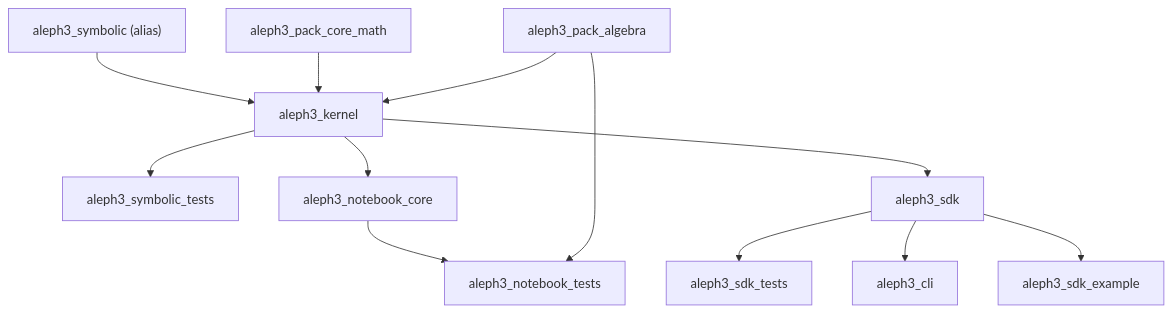
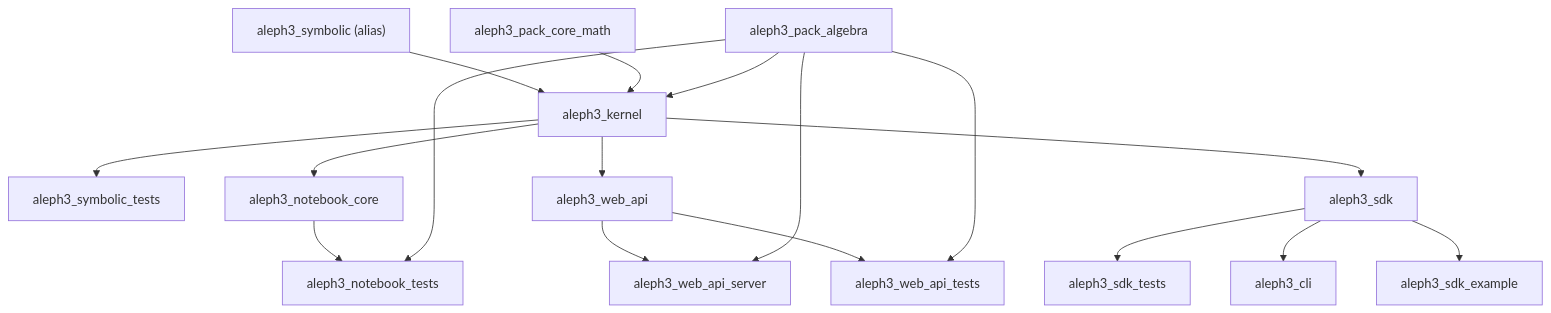
Before and after one commit to sergiorf/aleph3: the diagram in docs/sdk/build_and_targets.md, drawn with Mermaid. The commit also changed other lines of this file and 9 other files, not shown here.

Commit message:
first web api

````diff
--- a/docs/sdk/build_and_targets.md
+++ b/docs/sdk/build_and_targets.md
@@ -50,14 +53,19 @@
 ```mermaid
 flowchart TD
     Kernel["aleph3_kernel"] --> SymbolicTests["aleph3_symbolic_tests"]
     Symbolic["aleph3_symbolic (alias)"] --> Kernel
     CoreMath["aleph3_pack_core_math"] --> Kernel
     Algebra["aleph3_pack_algebra"] --> Kernel
     Kernel --> NotebookCore["aleph3_notebook_core"]
     NotebookCore --> NotebookTests["aleph3_notebook_tests"]
     Algebra --> NotebookTests
+    Kernel --> WebApi["aleph3_web_api"]
+    WebApi --> WebApiServer["aleph3_web_api_server"]
+    WebApi --> WebApiTests["aleph3_web_api_tests"]
+    Algebra --> WebApiServer
+    Algebra --> WebApiTests
     Kernel --> Sdk["aleph3_sdk"]
     Sdk --> SdkTests["aleph3_sdk_tests"]
     Sdk --> Cli["aleph3_cli"]
     Sdk --> Example["aleph3_sdk_example"]
 ```
````
